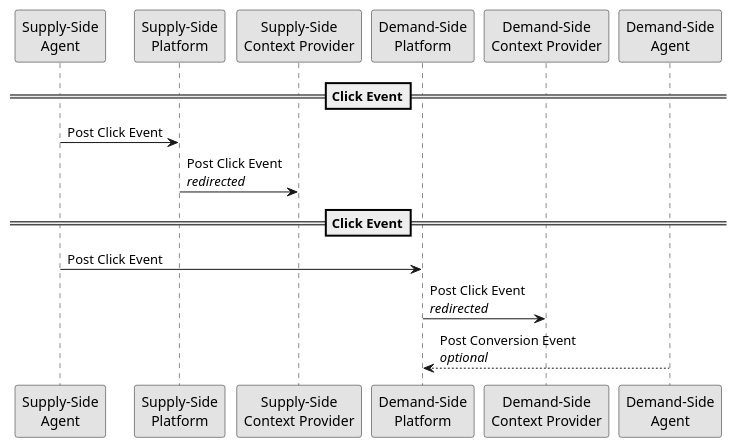
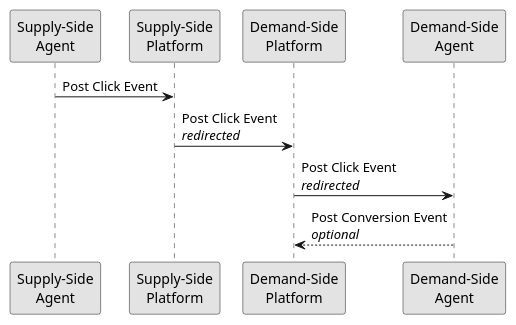
The diagram in protocol/impressions/user_clicks.rst (adshares/adshares-docs), drawn with PlantUML before and after one commit. The commit also changed other lines of this file and 6 other files, not shown here.

```diff
--- a/protocol/impressions/user_clicks.rst
+++ b/protocol/impressions/user_clicks.rst
@@ -7,20 +7,14 @@
 .. uml::
     :align: center
 
     skinparam monochrome true
 
     participant "Supply-Side\nAgent"                as SSA
     participant "Supply-Side\nPlatform"             as SSP
-    participant "Supply-Side\nContext Provider"     as SSCP
     participant "Demand-Side\nPlatform"             as DSP
-    participant "Demand-Side\nContext Provider"     as DSCP
     participant "Demand-Side\nAgent"                as DSA
 
-    ==Click Event==
     SSA ->      SSP     : Post Click Event
-    SSP ->      SSCP    : Post Click Event\n//redirected//
-
-    ==Click Event==
-    SSA ->      DSP     : Post Click Event
-    DSP ->      DSCP    : Post Click Event\n//redirected//
+    SSP ->      DSP     : Post Click Event\n//redirected//
+    DSP ->      DSA     : Post Click Event\n//redirected//
     DSA -->     DSP     : Post Conversion Event\n//optional//
```
